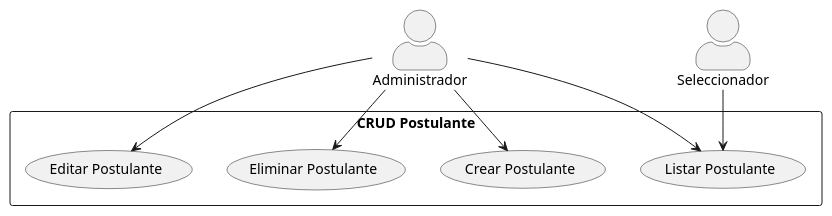
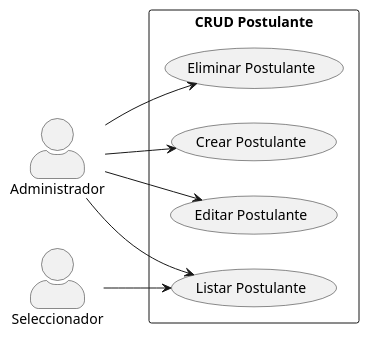
The diagram in casos_de_uso/diagramas_casos_de_uso/crud_postulante.puml (Dievex/24-25-IdSw1-SDR), drawn with PlantUML before and after one commit. The commit also changed 2 other files, not shown here.

Commit message:
docs(use-case-diagrams): update and add use case diagrams

```diff
--- a/casos_de_uso/diagramas_casos_de_uso/crud_postulante.puml
+++ b/casos_de_uso/diagramas_casos_de_uso/crud_postulante.puml
@@ -1,24 +1,21 @@
 @startuml
 skinparam actorStyle awesome
-
-' Actores del sistema
+left to right direction
 actor "Administrador" as Admin
 actor "Seleccionador" as Seleccionador
 
-' Casos de uso CRUD Postulante
 rectangle "CRUD Postulante" {
   usecase "Crear Postulante" as CrearPostulante
   usecase "Listar Postulante" as ListarPostulante
   usecase "Editar Postulante" as EditarPostulante
   usecase "Eliminar Postulante" as EliminarPostulante
 }
 
-' Relaciones entre actores y casos de uso
 Admin --> CrearPostulante
 Admin --> ListarPostulante
 Admin --> EditarPostulante
 Admin --> EliminarPostulante
 
 Seleccionador --> ListarPostulante
 
 @enduml
```
